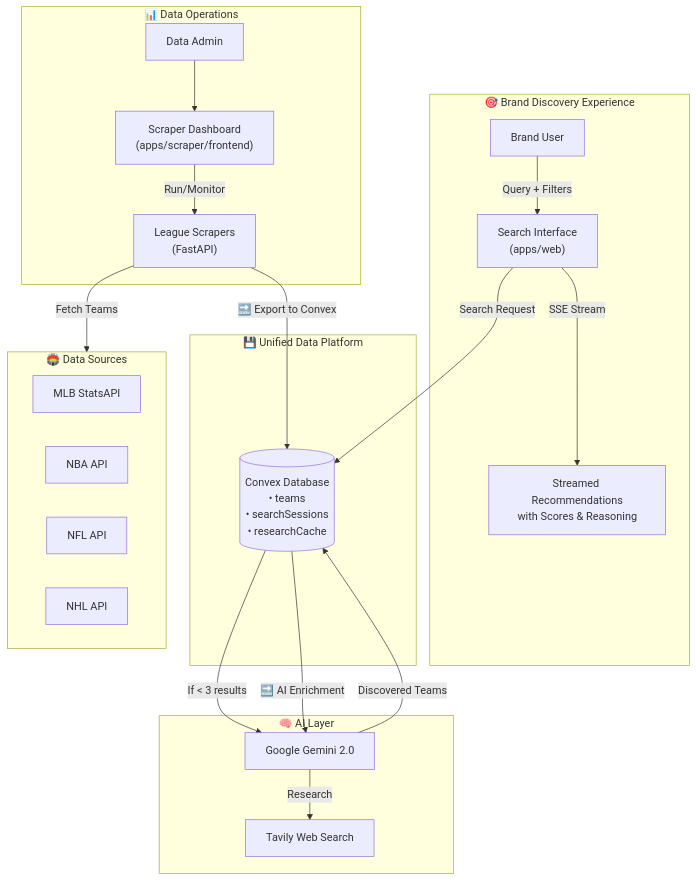
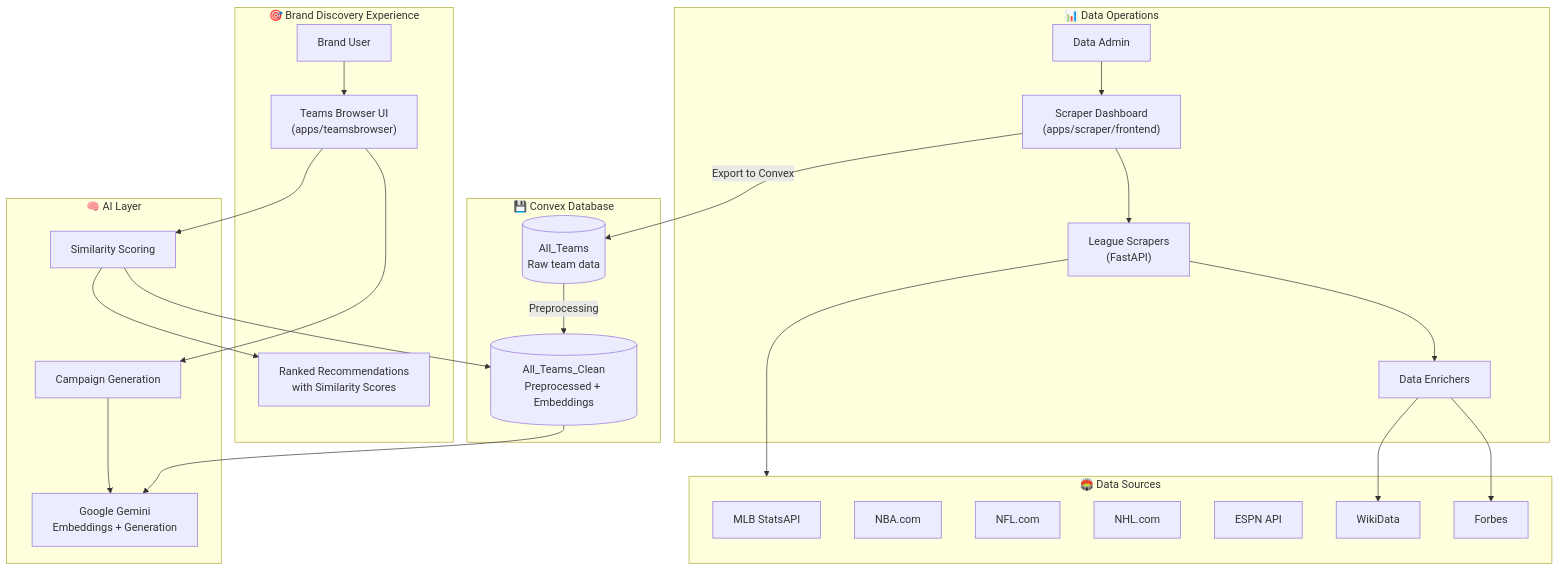
Before and after one commit to DIodide/PM-SponsorshipSearch: the first of 3 diagrams in README.md, drawn with Mermaid. The commit also changed other lines of this file, not shown here.

````diff
--- a/README.md
+++ b/README.md
@@ -60,45 +73,53 @@
 ```mermaid
 flowchart TB
     subgraph UserFacing["🎯 Brand Discovery Experience"]
         Brand["Brand User"]
-        SearchUI["Search Interface<br/>(apps/web)"]
-        Results["Streamed Recommendations<br/>with Scores & Reasoning"]
+        TeamsBrowser["Teams Browser UI<br/>(apps/teamsbrowser)"]
+        Results["Ranked Recommendations<br/>with Similarity Scores"]
     end
 
     subgraph DataOps["📊 Data Operations"]
         Admin["Data Admin"]
         ScraperUI["Scraper Dashboard<br/>(apps/scraper/frontend)"]
         Scrapers["League Scrapers<br/>(FastAPI)"]
+        Enrichers["Data Enrichers"]
     end
 
     subgraph Intelligence["🧠 AI Layer"]
-        Gemini["Google Gemini 2.0"]
-        Tavily["Tavily Web Search"]
+        Gemini["Google Gemini<br/>Embeddings + Generation"]
+        Scoring["Similarity Scoring"]
+        Campaign["Campaign Generation"]
     end
 
-    subgraph DataLayer["💾 Unified Data Platform"]
-        ConvexDB[("Convex Database<br/>• teams<br/>• searchSessions<br/>• researchCache")]
+    subgraph DataLayer["💾 Convex Database"]
+        AllTeams[("All_Teams<br/>Raw team data")]
+        AllTeamsClean[("All_Teams_Clean<br/>Preprocessed + Embeddings")]
     end
 
     subgraph Sources["🏟️ Data Sources"]
         MLB["MLB StatsAPI"]
-        NBA["NBA API"]
-        NFL["NFL API"]
-        NHL["NHL API"]
+        NBA["NBA.com"]
+        NFL["NFL.com"]
+        NHL["NHL.com"]
+        ESPN["ESPN API"]
+        WikiData["WikiData"]
+        Forbes["Forbes"]
     end
 
-    Brand -->|"Query + Filters"| SearchUI
-    SearchUI -->|"SSE Stream"| Results
-    SearchUI -->|"Search Request"| ConvexDB
+    Brand --> TeamsBrowser
+    TeamsBrowser --> Scoring
+    Scoring --> AllTeamsClean
+    Scoring --> Results
+    TeamsBrowser --> Campaign
+    Campaign --> Gemini
 
     Admin --> ScraperUI
-    ScraperUI -->|"Run/Monitor"| Scrapers
-    Scrapers -->|"Fetch Teams"| Sources
-    Scrapers -->|"🔜 Export to Convex"| ConvexDB
-
-    ConvexDB -->|"If < 3 results"| Gemini
-    Gemini -->|"Research"| Tavily
-    Gemini -->|"Discovered Teams"| ConvexDB
-
-    ConvexDB -->|"🔜 AI Enrichment"| Gemini
+    ScraperUI --> Scrapers
+    Scrapers --> Sources
+    Scrapers --> Enrichers
+    Enrichers --> WikiData
+    Enrichers --> Forbes
+    ScraperUI -->|"Export to Convex"| AllTeams
+    AllTeams -->|"Preprocessing"| AllTeamsClean
+    AllTeamsClean --> Gemini
 ```
````
